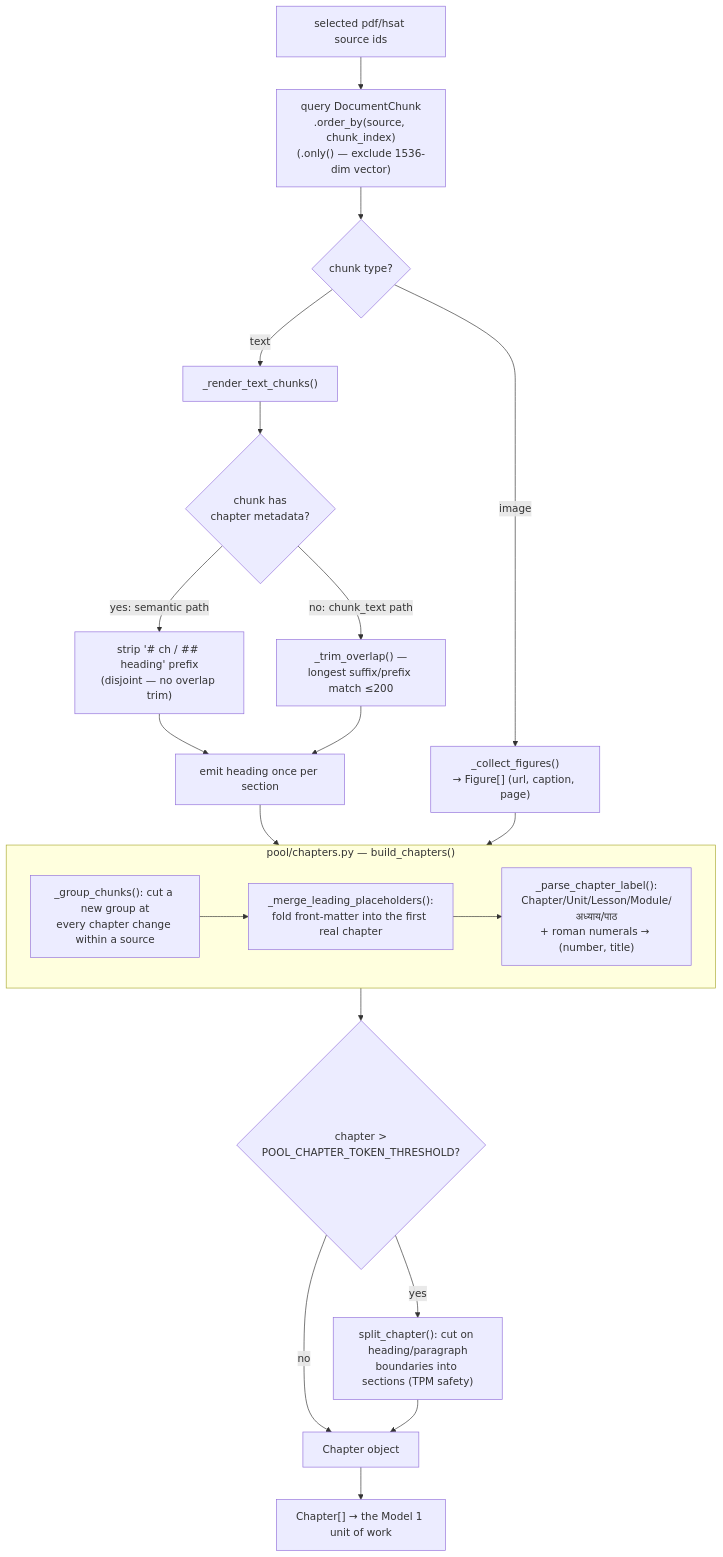
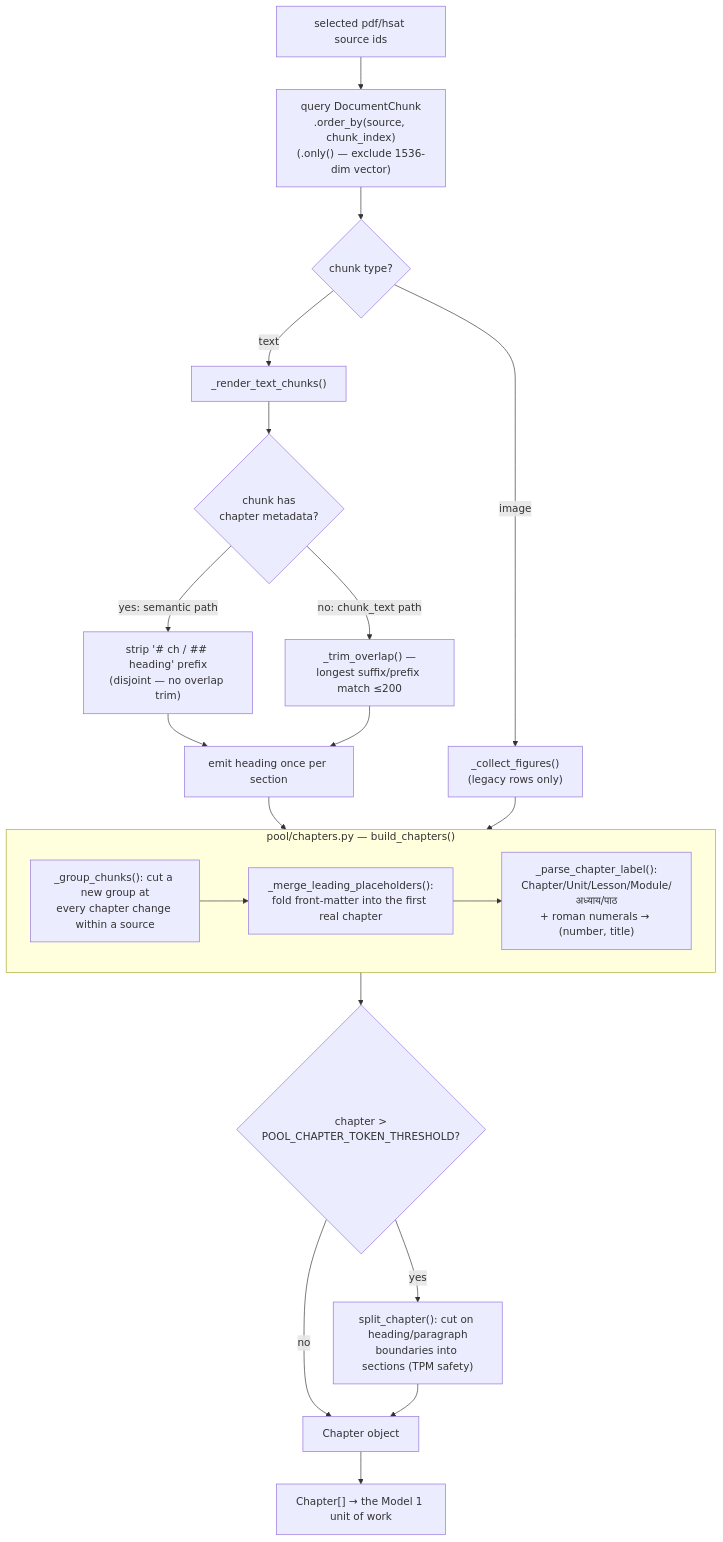
The seventh of 16 diagrams in README.md (Paardhu22/qp-gen), drawn with Mermaid before and after one commit. The commit also changed other lines of this file, not shown here.

````diff
--- a/README.md
+++ b/README.md
@@ -563,28 +730,28 @@
 ```mermaid
 flowchart TB
     START["selected pdf/hsat source ids"] --> Q["query DocumentChunk<br/>.order_by(source, chunk_index)<br/>(.only() — exclude 1536-dim vector)"]
     Q --> SPLIT{"chunk type?"}
-    SPLIT -->|image| FIG["_collect_figures()<br/>→ Figure[] (url, caption, page)"]
+    SPLIT -->|image| FIG["_collect_figures()<br/>(legacy rows only)"]
     SPLIT -->|text| REND["_render_text_chunks()"]
 
     REND --> HASCH{"chunk has<br/>chapter metadata?"}
     HASCH -->|yes: semantic path| STRIP["strip '# ch / ## heading' prefix<br/>(disjoint — no overlap trim)"]
     HASCH -->|no: chunk_text path| TRIM["_trim_overlap() —<br/>longest suffix/prefix match ≤200"]
     STRIP --> EMIT["emit heading once per section"]
     TRIM --> EMIT
 
     subgraph DETECT["pool/chapters.py — build_chapters()"]
         GRP["_group_chunks(): cut a new group at<br/>every chapter change within a source"]
         MERGE["_merge_leading_placeholders():<br/>fold front-matter into the first real chapter"]
         LABEL["_parse_chapter_label():<br/>Chapter/Unit/Lesson/Module/अध्याय/पाठ<br/>+ roman numerals → (number, title)"]
         GRP --> MERGE --> LABEL
     end
 
     EMIT --> DETECT
     FIG --> DETECT
     DETECT --> OVERS{"chapter ><br/>POOL_CHAPTER_TOKEN_THRESHOLD?"}
     OVERS -->|yes| SEC["split_chapter(): cut on heading/paragraph<br/>boundaries into sections (TPM safety)"]
     OVERS -->|no| CHAP["Chapter object"]
     SEC --> CHAP
     CHAP --> OUT["Chapter[] → the Model 1 unit of work"]
 ```
````
